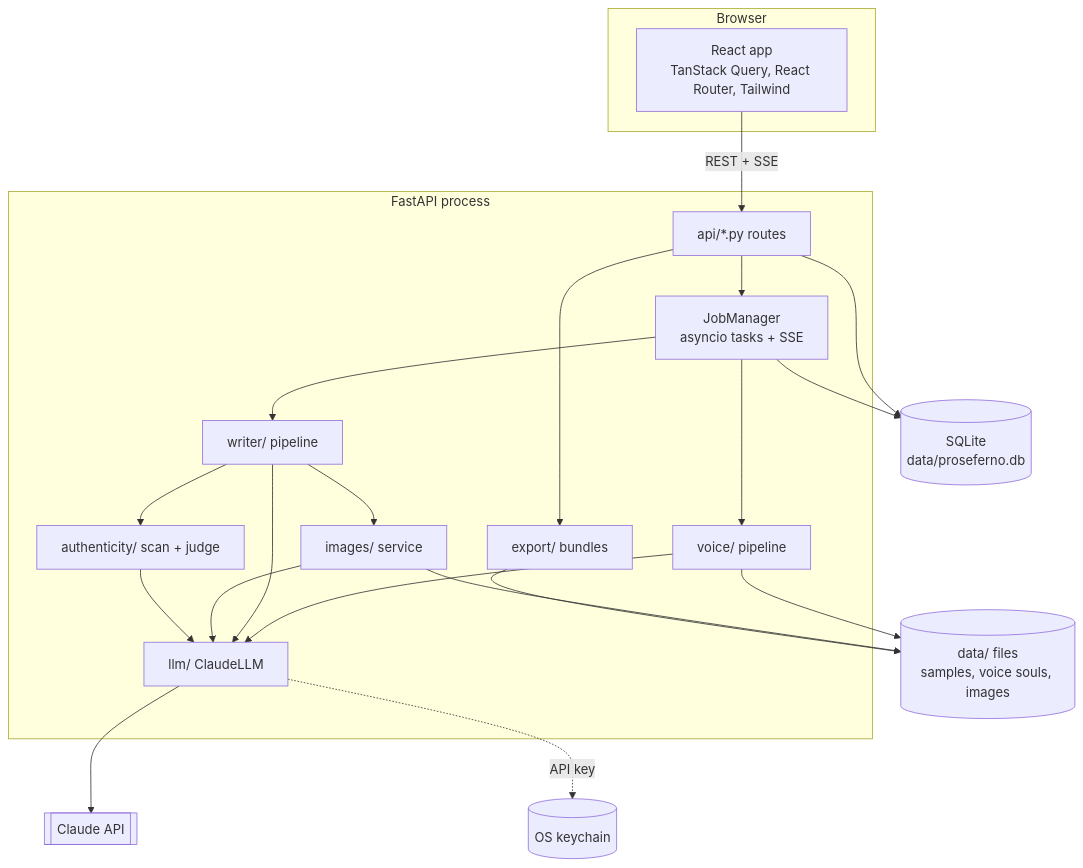
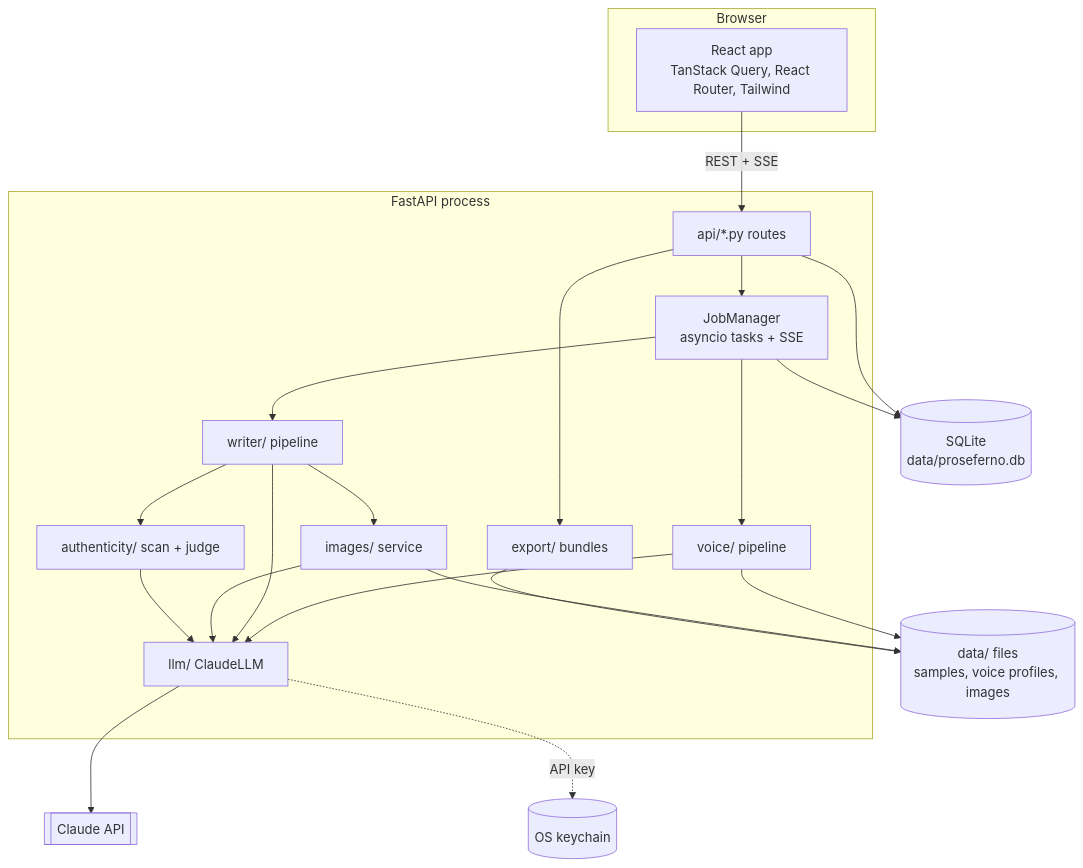
One commit to ThatShelbs/cc_technical_blogger changed the diagram in docs/architecture.md. Above: the diagram before and after it, drawn with Mermaid. The commit also changed other lines of this file and 58 other files, not shown here.

````diff
--- a/docs/architecture.md
+++ b/docs/architecture.md
@@ -5,29 +5,29 @@
 ```mermaid
 flowchart TB
   subgraph Browser
     UI[React app<br/>TanStack Query, React Router, Tailwind]
   end
   subgraph Backend[FastAPI process]
     API[api/*.py routes]
     Jobs[JobManager<br/>asyncio tasks + SSE]
     Voice[voice/ pipeline]
     Writer[writer/ pipeline]
     Images[images/ service]
     Detect[authenticity/ scan + judge]
     Export[export/ bundles]
     LLM[llm/ ClaudeLLM]
   end
   DB[(SQLite<br/>data/proseferno.db)]
-  Files[(data/ files<br/>samples, voice souls, images)]
+  Files[(data/ files<br/>samples, voice profiles, images)]
   Keychain[(OS keychain)]
   Claude[[Claude API]]
 
   UI -- REST + SSE --> API
   API --> Jobs --> Voice & Writer
   Writer --> Images & Detect
   Voice & Writer & Images & Detect --> LLM --> Claude
   API --> Export
   API & Jobs --> DB
   Voice & Images & Export --> Files
   LLM -. API key .-> Keychain
 ```
````
